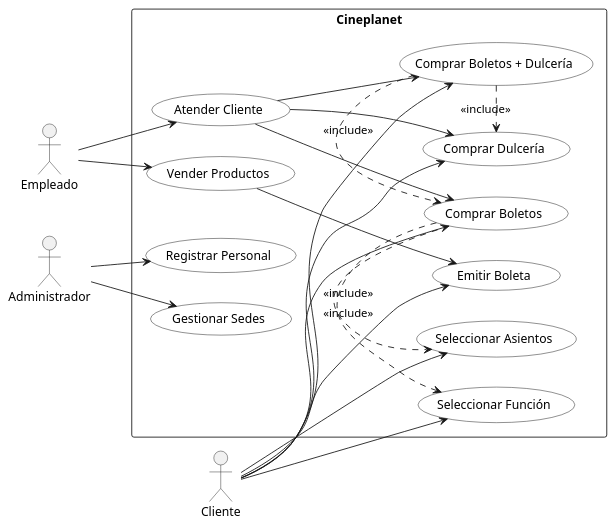
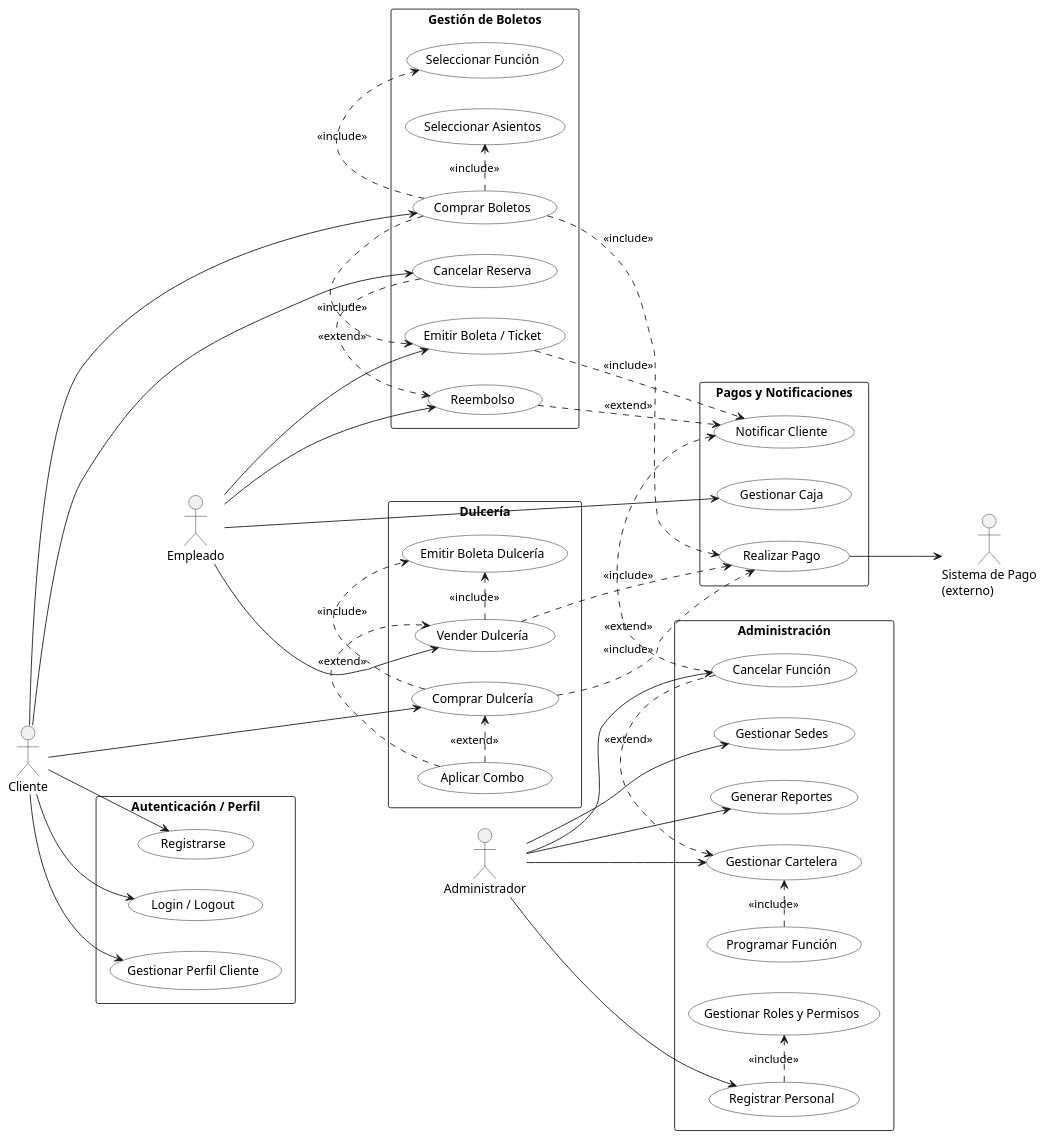
Before and after one commit to NexusOnePlus/Cineplanet: the diagram in Diagramas/CasosDeUso.puml, drawn with PlantUML. The commit also changed 1 other file, not shown here.

```diff
--- a/Diagramas/CasosDeUso.puml
+++ b/Diagramas/CasosDeUso.puml
@@ -1,51 +1,117 @@
-@startuml as Cineplanet
+@startuml Cineplanet
 left to right direction
 skinparam packageStyle rectangle
-
 skinparam shadowing false
 skinparam usecase {
   BackgroundColor White
   BorderColor Black
 }
 
+'------------------- ACTORES -------------------
 actor "Cliente" as Cliente
 actor "Empleado" as Empleado
 actor "Administrador" as Admin
+actor "Sistema de Pago\n(externo)" as Pago
 
-rectangle "Cineplanet" {
-  (Comprar Boletos) as Boletos
-  (Comprar Dulcería) as Dulceria
-  (Comprar Boletos + Dulcería) as Combo
-  (Seleccionar Función) as Funcion
-  (Seleccionar Asientos) as Asientos
-  (Emitir Boleta) as EmitirBoleta
-  
-  (Atender Cliente) as Atender
-  (Vender Productos) as Vender
-  
-  (Registrar Personal) as RegistrarPersonal
-  (Gestionar Sedes) as GestionarSedes
+'------------------- AUTENTICACION -------------------
+together {
+  rectangle "Autenticación / Perfil" {
+    (Registrarse) as RegistrarCliente
+    (Login / Logout) as Login
+    (Gestionar Perfil Cliente) as PerfilCliente
+  }
+
+  Cliente --> RegistrarCliente
+  Cliente --> Login
+  Cliente --> PerfilCliente
 }
 
-Cliente --> Funcion
-Cliente --> Asientos
-Cliente --> Boletos
-Cliente --> Dulceria
-Cliente --> Combo
-Cliente --> EmitirBoleta
+Cliente -[hidden]down- Empleado
 
-Empleado --> Atender
-Empleado --> Vender
-Atender --> Boletos
-Atender --> Dulceria
-Atender --> Combo
-Vender --> EmitirBoleta
+'------------------- BOLETOS -------------------
+together {
+  rectangle "Gestión de Boletos" {
+    (Comprar Boletos) as ComprarBoletosWeb
+     
+    (Seleccionar Función) as SeleccionarFuncion
+    (Seleccionar Asientos) as SeleccionarAsientos
+    (Emitir Boleta / Ticket) as EmitirBoleta
+    (Cancelar Reserva) as CancelarReserva
+    (Reembolso) as Reembolso
 
-Admin --> RegistrarPersonal
-Admin --> GestionarSedes
+    ComprarBoletosWeb .> SeleccionarFuncion : <<include>>
+    ComprarBoletosWeb .> SeleccionarAsientos : <<include>>
+    ComprarBoletosWeb .> EmitirBoleta : <<include>>
 
-Boletos .> Funcion : <<include>>
-Boletos .> Asientos : <<include>>
-Combo .> Boletos : <<include>>
-Combo .> Dulceria : <<include>>
+    CancelarReserva .> Reembolso : <<extend>>
+  }
+
+  Cliente --> ComprarBoletosWeb
+  Cliente --> CancelarReserva
+  Empleado --> EmitirBoleta
+  Empleado --> Reembolso
+}
+
+Empleado -[hidden]down- Admin
+
+'------------------- DULCERIA -------------------
+together {
+  rectangle "Dulcería" {
+    (Comprar Dulcería) as ComprarDulceriaSolo
+    (Vender Dulcería) as VenderDulceria
+    (Emitir Boleta Dulcería) as BoletaDulceria
+    (Aplicar Combo) as AplicarCombo
+
+    VenderDulceria .> BoletaDulceria : <<include>>
+    ComprarDulceriaSolo .> BoletaDulceria : <<include>>
+    AplicarCombo .> ComprarDulceriaSolo : <<extend>>
+    AplicarCombo .> VenderDulceria : <<extend>>
+  }
+
+  Cliente --> ComprarDulceriaSolo
+  Empleado --> VenderDulceria
+}
+
+
+'------------------- ADMINISTRACION -------------------
+together {
+  rectangle "Administración" {
+    (Gestionar Cartelera) as GestionarCartelera
+    (Programar Función) as ProgramarFuncion
+    (Cancelar Función) as CancelarFuncion
+    (Gestionar Sedes) as GestionarSedes
+    (Registrar Personal) as RegistrarPersonal
+    (Gestionar Roles y Permisos) as GestionarRoles
+    (Generar Reportes) as Reportes
+
+    ProgramarFuncion .> GestionarCartelera : <<include>>
+    RegistrarPersonal .> GestionarRoles : <<include>>
+    CancelarFuncion .> GestionarCartelera : <<extend>>
+  }
+
+  Admin --> GestionarCartelera
+  Admin --> GestionarSedes
+  Admin --> RegistrarPersonal
+  Admin --> Reportes
+  Admin --> CancelarFuncion
+}
+
+'------------------- PAGOS Y NOTIS -------------------
+together {
+  rectangle "Pagos y Notificaciones" {
+    (Realizar Pago) as RealizarPago
+    (Gestionar Caja) as GestionarCaja
+    (Notificar Cliente) as NotificarCliente
+
+    ComprarBoletosWeb .> RealizarPago : <<include>>
+    ComprarDulceriaSolo .> RealizarPago : <<include>>
+    VenderDulceria .> RealizarPago : <<include>>
+    EmitirBoleta .> NotificarCliente : <<include>>
+    CancelarFuncion .> NotificarCliente : <<extend>>
+    Reembolso .> NotificarCliente : <<extend>>
+  }
+
+  Empleado --> GestionarCaja
+  RealizarPago --> Pago
+}
 @enduml
```
